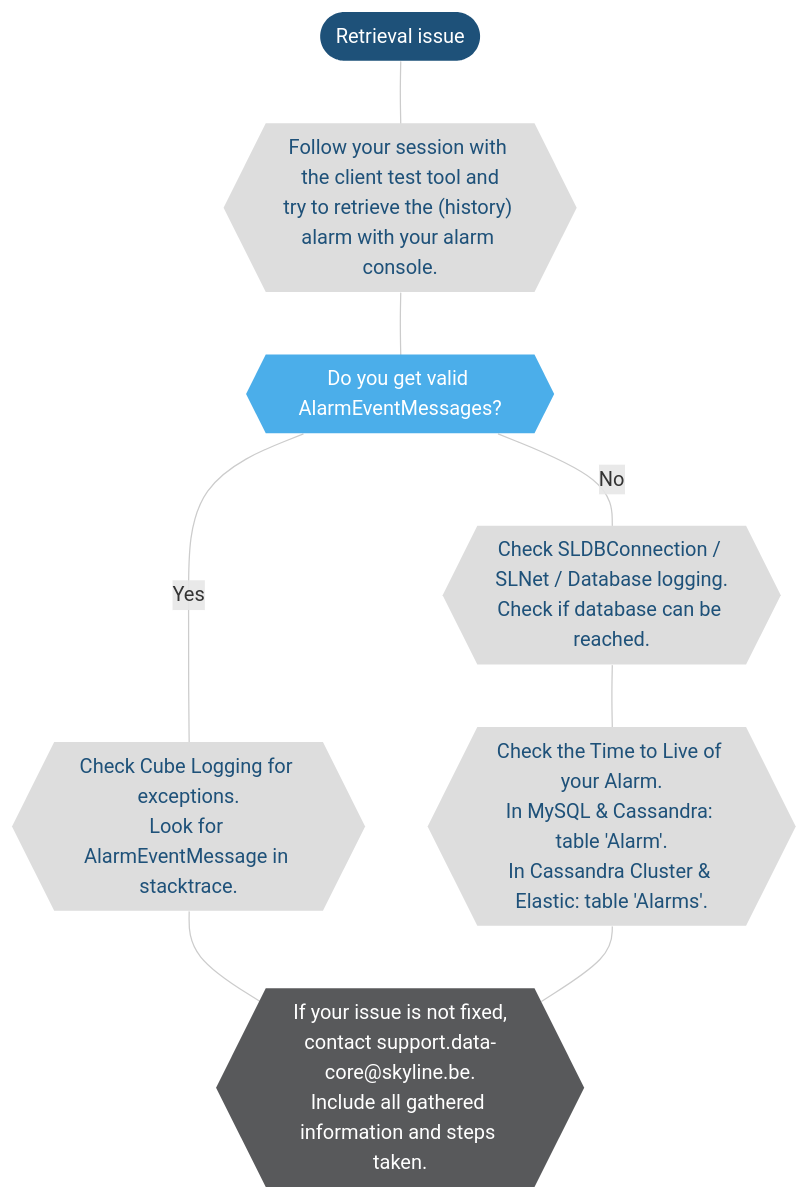
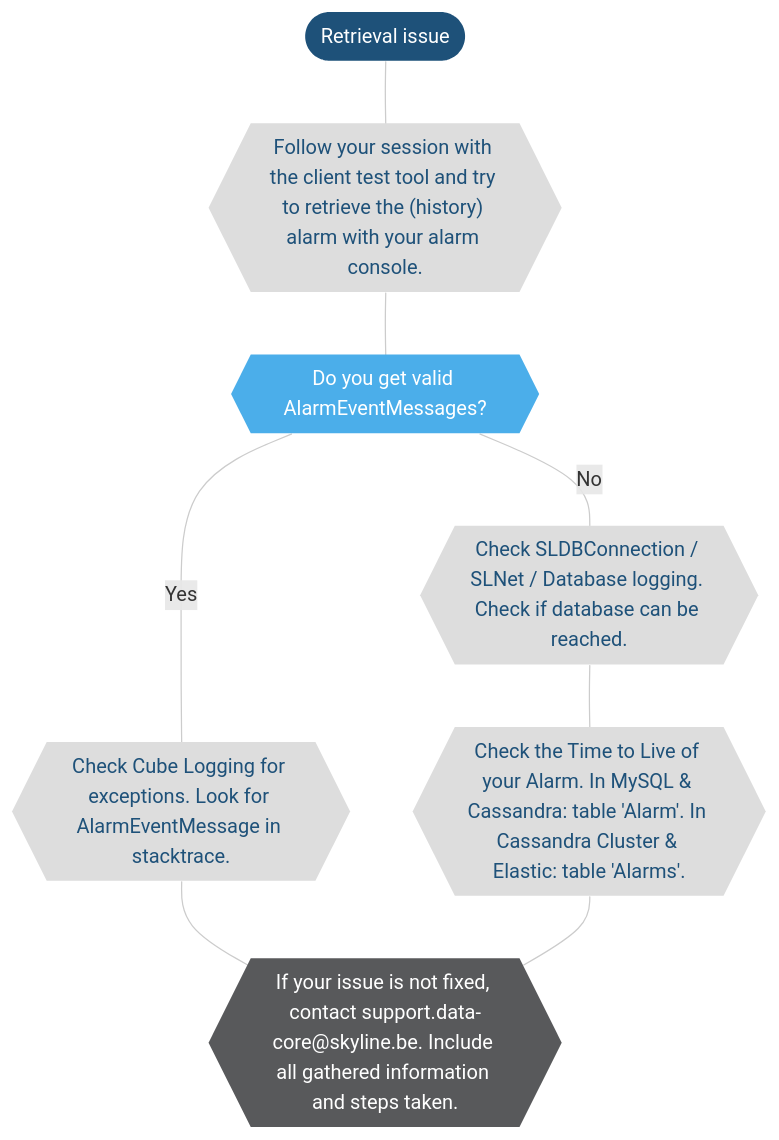
The second of 3 diagrams in user-guide/Troubleshooting/Troubleshooting_Flowcharts/Troubleshooting_Alarms.md (SkylineCommunications/dataminer-docs), drawn with Mermaid before and after one commit. The commit also changed other lines of this file and 8 other files, not shown here.

````diff
--- a/user-guide/Troubleshooting/Troubleshooting_Flowcharts/Troubleshooting_Alarms.md
+++ b/user-guide/Troubleshooting/Troubleshooting_Flowcharts/Troubleshooting_Alarms.md
@@ -58,35 +58,35 @@
 ```mermaid
 flowchart TD
 %% Define styles %%
 linkStyle default stroke:#cccccc
 classDef classTerminal fill:#1e5179,stroke:#1e5179,color:#ffffff,stroke-width:0px;
 classDef classDecision fill:#4baeea,stroke:#4baeea,color:#ffffff,stroke-width:0px;
 classDef classExternalRef fill:#9ddaf5,stroke:#9ddaf5,color:#1E5179,stroke-width:0px;
 classDef classActionClickable fill:#999999,stroke:#999999,color:#ffffff,stroke-width:0px;
 classDef classAction fill:#dddddd,stroke:#dddddd,color:#1E5179,stroke-width:0px;
 classDef classSolution fill:#58595b,stroke:#58595b,color:#ffffff,stroke-width:0px;
 %% Define blocks %%
 RetrievalIssue([Retrieval issue])
-FollowCTT{{"Follow your session with the client test tool and\ntry to retrieve the (history) alarm with your alarm console."}}
+FollowCTT{{"Follow your session with the client test tool and try to retrieve the (history) alarm with your alarm console."}}
 RetrievalIssueChecks{{"Do you get valid AlarmEventMessages?"}}
-ClientSide{{"Check Cube Logging for exceptions.\nLook for AlarmEventMessage in stacktrace."}}
-ServerSide{{"Check SLDBConnection / SLNet / Database logging.\nCheck if database can be reached."}}
-AlarmTTL{{"Check the Time to Live of your Alarm.\nIn MySQL & Cassandra: table 'Alarm'.\nIn Cassandra Cluster & Elastic: table 'Alarms'."}}
-NotFixed{{"If your issue is not fixed,\ncontact support.data-core@skyline.be.\nInclude all gathered information and steps taken."}}
+ClientSide{{"Check Cube Logging for exceptions. Look for AlarmEventMessage in stacktrace."}}
+ServerSide{{"Check SLDBConnection / SLNet / Database logging. Check if database can be reached."}}
+AlarmTTL{{"Check the Time to Live of your Alarm. In MySQL & Cassandra: table 'Alarm'. In Cassandra Cluster & Elastic: table 'Alarms'."}}
+NotFixed{{"If your issue is not fixed, contact support.data-core@skyline.be. Include all gathered information and steps taken."}}
 %% Connect blocks %%
 RetrievalIssue --- FollowCTT
 FollowCTT --- RetrievalIssueChecks
 RetrievalIssueChecks --- |Yes|ClientSide
 RetrievalIssueChecks --- |No|ServerSide
 ServerSide --- AlarmTTL
 ClientSide --- NotFixed
 AlarmTTL --- NotFixed
 %% Define hyperlinks %%
 %% Apply styles to blocks %%
 class RetrievalIssue classTerminal;
 class AlarmConsole,Surveyor,Apps,Trending classExternalRef;
 %%class classActionClickable;
 class FollowCTT,ClientSide,ServerSide,AlarmTTL classAction;
 class RetrievalIssueChecks classDecision;
 class NotFixed classSolution;
 ```
````
